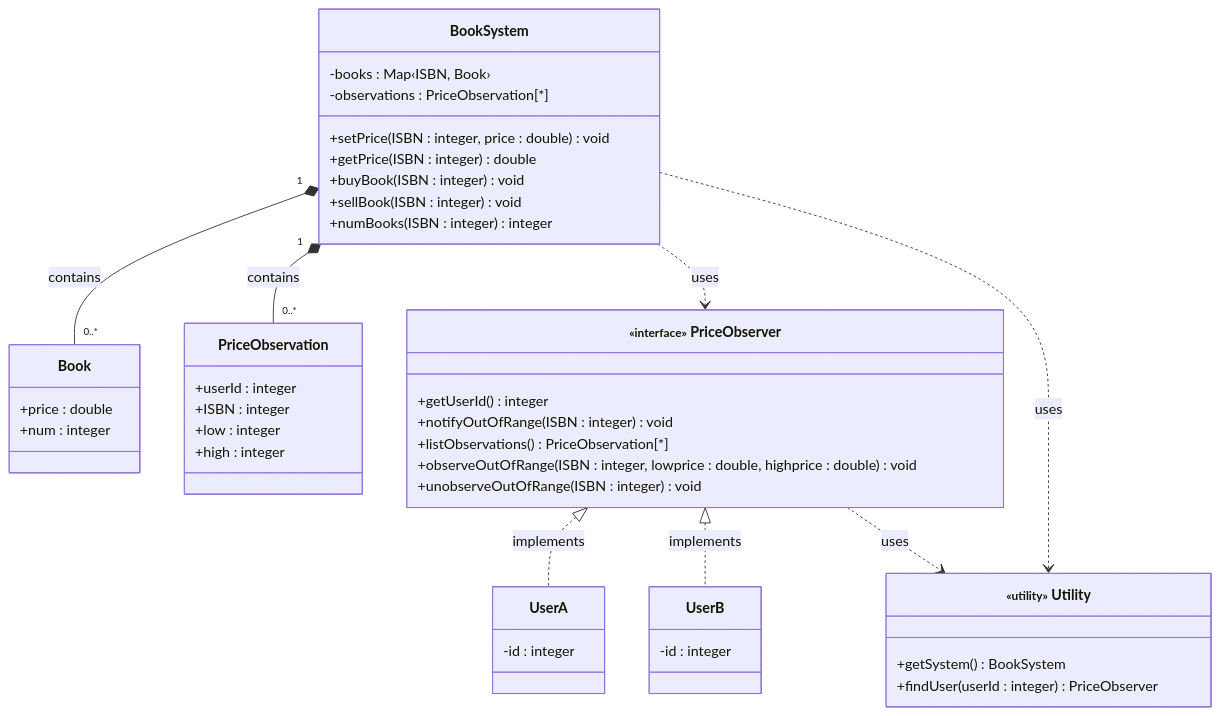
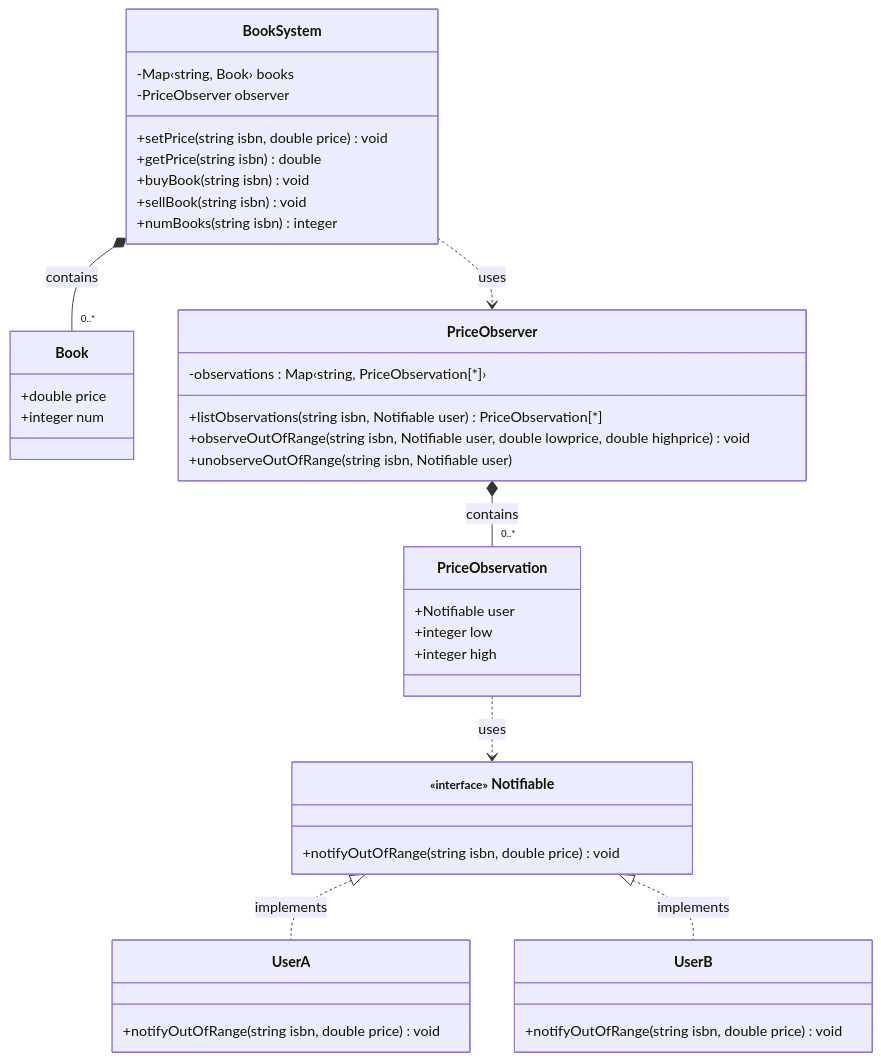
Before and after one commit to hanggrian/IIT-CS586: the first of 7 diagrams in assignments/hw1.md, drawn with Mermaid. The commit also changed other lines of this file, not shown here.

````diff
--- a/assignments/hw1.md
+++ b/assignments/hw1.md
@@ -98,48 +103,43 @@
 ```mermaid
 classDiagram
   class Book {
-    +price : double
-    +num : integer
+    +double price
+    +integer num
   }
   class PriceObservation {
-    +userId : integer
-    +ISBN : integer
-    +low : integer
-    +high : integer
+    +Notifiable user
+    +integer low
+    +integer high
   }
   class BookSystem {
-    -books : Map&lsaquo;ISBN, Book&rsaquo;
-    -observations : PriceObservation[*]
-    +setPrice(ISBN : integer, price : double) void
-    +getPrice(ISBN : integer) double
-    +buyBook(ISBN : integer) void
-    +sellBook(ISBN : integer) void
-    +numBooks(ISBN : integer) integer
+    -Map&lsaquo;string, Book&rsaquo; books
+    -PriceObserver observer
+    +setPrice(string isbn, double price) void
+    +getPrice(string isbn) double
+    +buyBook(string isbn) void
+    +sellBook(string isbn) void
+    +numBooks(string isbn) integer
   }
-  BookSystem "1" *-- "0..*" Book : contains
-  BookSystem "1" *-- "0..*" PriceObservation : contains
+  class PriceObserver {
+    -observations : Map&lsaquo;string, PriceObservation[*]&rsaquo;
+    +listObservations(string isbn, Notifiable user) PriceObservation[*]
+    +observeOutOfRange(string isbn, Notifiable user, double lowprice, double highprice) void
+    +unobserveOutOfRange(string isbn, Notifiable user)
+  }
+  BookSystem *-- "0..*" Book : contains
+  BookSystem ..> PriceObserver : uses
+  PriceObserver *-- "0..*" PriceObservation : contains
 
-  class `<small>&laquo;interface&raquo;</small> PriceObserver` {
-    +getUserId() integer
-    +notifyOutOfRange(ISBN : integer) void
-    +listObservations() PriceObservation[*]
-    +observeOutOfRange(ISBN : integer, lowprice : double, highprice : double) void
-    +unobserveOutOfRange(ISBN : integer) void
+  class `<small>&laquo;interface&raquo;</small> Notifiable` {
+    +notifyOutOfRange(string isbn, double price) void
   }
   class UserA {
-    -id : integer
+    +notifyOutOfRange(string isbn, double price) void
   }
   class UserB {
-    -id : integer
+    +notifyOutOfRange(string isbn, double price) void
   }
-  `<small>&laquo;interface&raquo;</small> PriceObserver` <|.. UserA : implements
-  `<small>&laquo;interface&raquo;</small> PriceObserver` <|.. UserB : implements
-  BookSystem ..> `<small>&laquo;interface&raquo;</small> PriceObserver` : uses
-
-  class `<small>&laquo;utility&raquo;</small> Utility` {
-    +getSystem() BookSystem
-    +findUser(userId : integer) PriceObserver
-  }
-  BookSystem ..> `<small>&laquo;utility&raquo;</small> Utility` : uses
-  `<small>&laquo;interface&raquo;</small> PriceObserver` ..> `<small>&laquo;utility&raquo;</small> Utility` : uses
+  PriceObservation ..> `<small>&laquo;interface&raquo;</small> Notifiable` : uses
+  `<small>&laquo;interface&raquo;</small> Notifiable` <|.. UserA : implements
+  `<small>&laquo;interface&raquo;</small> Notifiable` <|.. UserB : implements
 ```
````
